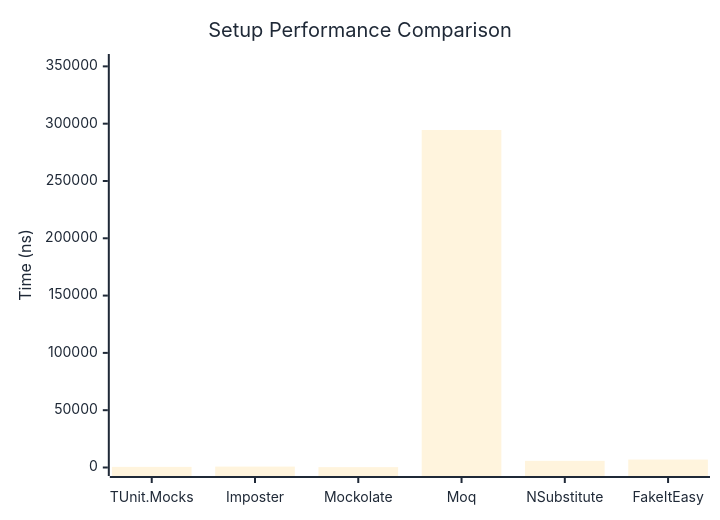
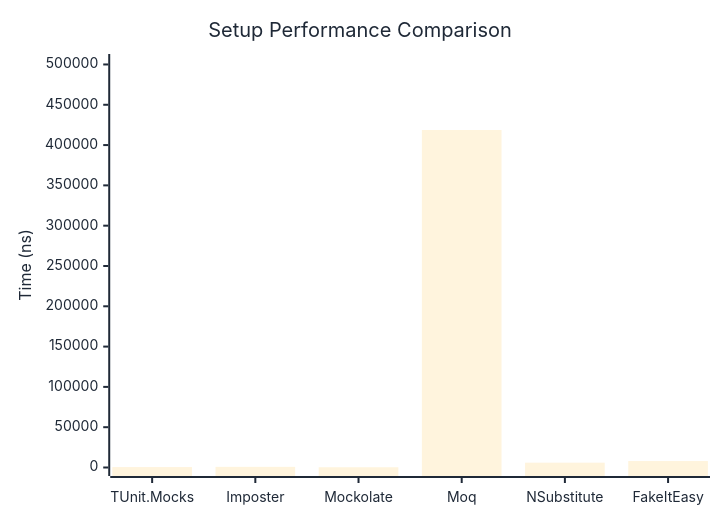
The first of 2 diagrams in docs/docs/benchmarks/mocks/Setup.md (thomhurst/TUnit), drawn with Mermaid before and after one commit. The commit also changed other lines of this file and 14 other files, not shown here.

````diff
--- a/docs/docs/benchmarks/mocks/Setup.md
+++ b/docs/docs/benchmarks/mocks/Setup.md
@@ -30,27 +30,27 @@
 ```mermaid
 %%{init: {
   'theme':'base',
   'themeVariables': {
     'primaryColor': '#2563eb',
     'primaryTextColor': '#1f2937',
     'primaryBorderColor': '#1e40af',
     'lineColor': '#6b7280',
     'secondaryColor': '#7c3aed',
     'tertiaryColor': '#dc2626',
     'background': '#ffffff',
     'pie1': '#2563eb',
     'pie2': '#7c3aed',
     'pie3': '#dc2626',
     'pie4': '#f59e0b',
     'pie5': '#10b981',
     'pie6': '#06b6d4',
     'pie7': '#ec4899',
     'pie8': '#6366f1'
   }
 }}%%
 xychart-beta
   title "Setup Performance Comparison"
   x-axis ["TUnit.Mocks", "Imposter", "Mockolate", "Moq", "NSubstitute", "FakeItEasy"]
-  y-axis "Time (ns)" 0 --> 353378
-  bar [551.8, 788.5, 327.3, 294481.6, 5794.7, 6917.3]
+  y-axis "Time (ns)" 0 --> 502436
+  bar [517.7, 804.1, 301.3, 418696.1, 5994.3, 8009.3]
 ```
````
